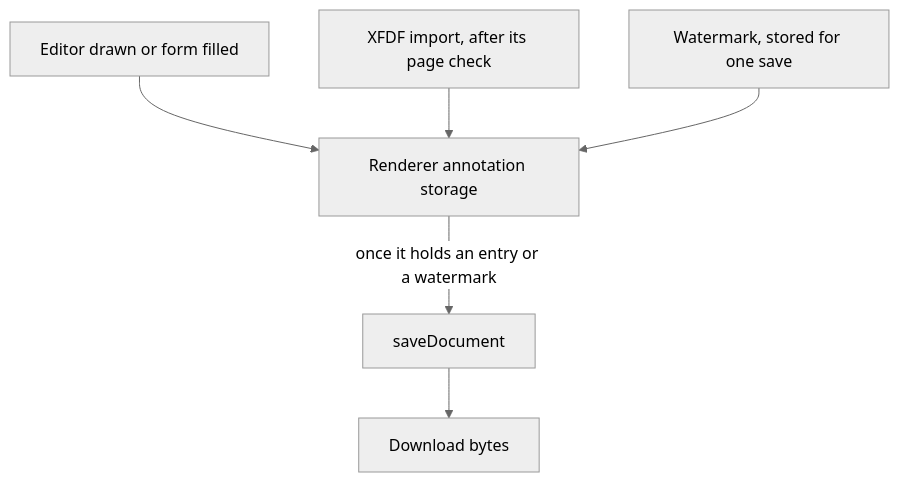
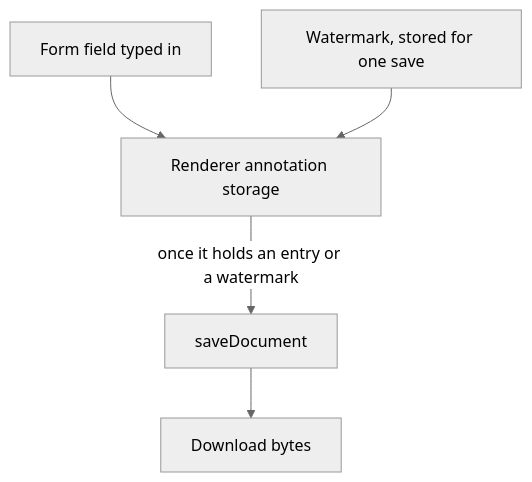
Before and after one commit to Esposter/Esposter: the diagram in openspec/specs/vue-pdfjs-headless/annotations/design.md, drawn with Mermaid (neutral theme). The commit also changed other lines of this file and 12 other files, not shown here.

First line of the commit message:
docs(openspec): the annotation UI and viewer chrome are deferred; the kept annotations page is form values and the watermark

````diff
--- a/openspec/specs/vue-pdfjs-headless/annotations/design.md
+++ b/openspec/specs/vue-pdfjs-headless/annotations/design.md
@@ -11,8 +10,7 @@
 ```mermaid
 flowchart TD
-  drawn["Editor drawn or form filled"] --> storage["Renderer annotation storage"]
-  xfdf["XFDF import, after its page check"] --> storage
+  typed["Form field typed in"] --> storage["Renderer annotation storage"]
   watermark["Watermark, stored for one save"] --> storage
   storage -->|"once it holds an entry or a watermark"| save["saveDocument"]
   save --> bytes["Download bytes"]
 ```
````
